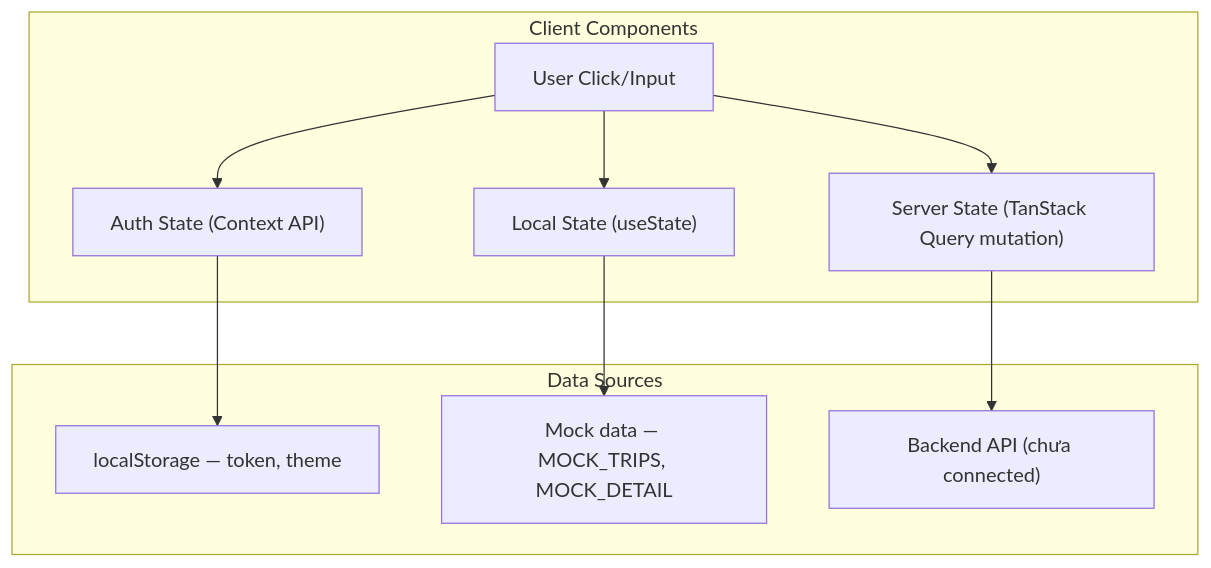
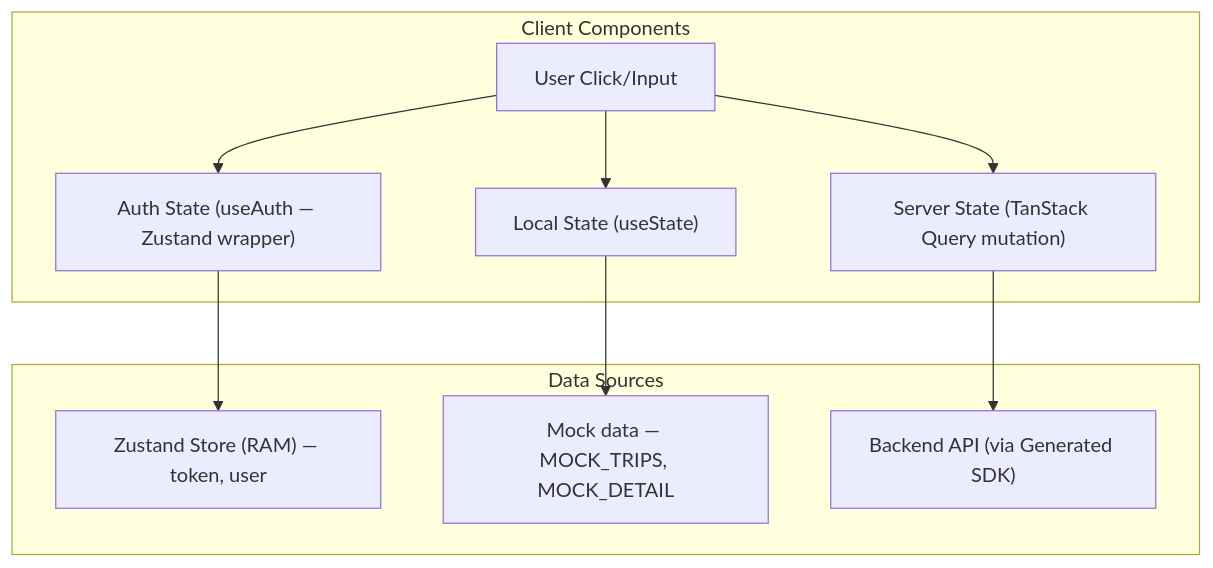
Before and after one commit to TNP-Travel-Now-Project/tnp-ui-web: the fourth of 5 diagrams in docs/architecture/DATA_FLOW.md, drawn with Mermaid. The commit also changed 11 other files, not shown here.

````diff
--- a/docs/architecture/DATA_FLOW.md
+++ b/docs/architecture/DATA_FLOW.md
@@ -121,19 +121,19 @@
 ```mermaid
 graph TD
     subgraph "Client Components"
         UC["User Click/Input"]
         UC --> LH["Local State (useState)"]
         UC --> SH["Server State (TanStack Query mutation)"]
-        UC --> AH["Auth State (Context API)"]
+        UC --> AH["Auth State (useAuth — Zustand wrapper)"]
     end
     
     subgraph "Data Sources"
-        LS["localStorage — token, theme"]
+        ZS["Zustand Store (RAM) — token, user"]
         MS["Mock data — MOCK_TRIPS, MOCK_DETAIL"]
-        API["Backend API (chưa connected)"]
+        API["Backend API (via Generated SDK)"]
     end
     
     SH --> API
-    AH --> LS
+    AH --> ZS
     LH --> MS
 ```
````
